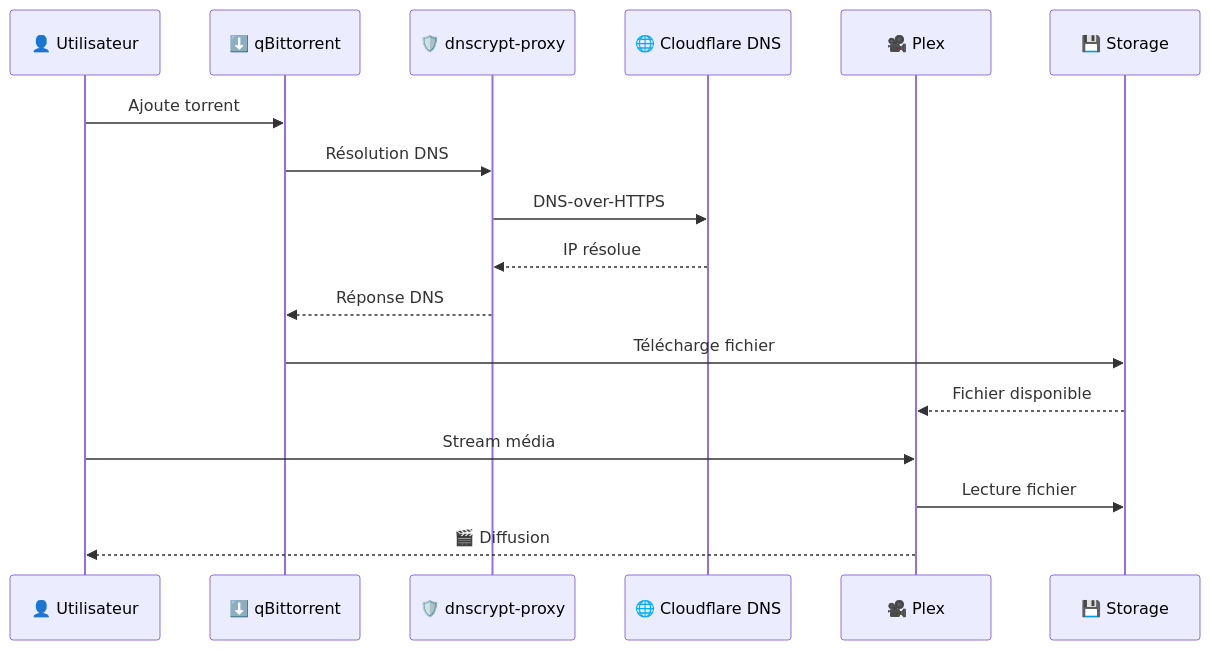
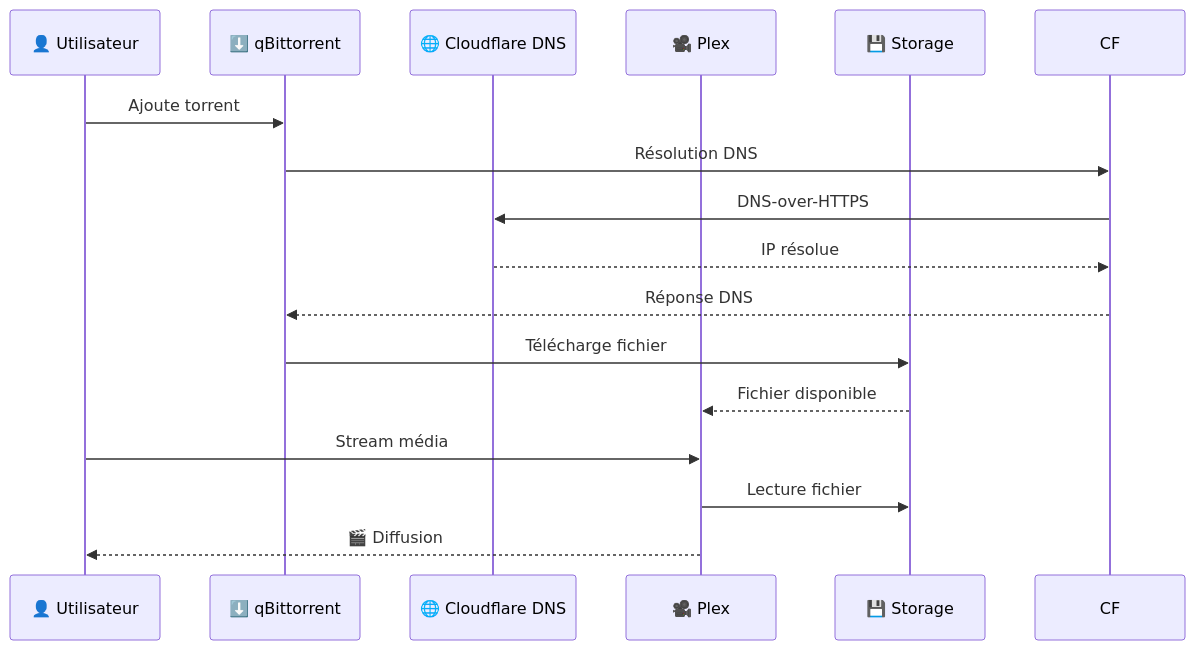
The third of 3 diagrams in README.md (muchiny/media-stack-k8s), drawn with Mermaid before and after one commit. The commit also changed other lines of this file and 20 other files, not shown here.

````diff
--- a/README.md
+++ b/README.md
@@ -119,20 +112,19 @@
 ```mermaid
 sequenceDiagram
     participant U as 👤 Utilisateur
     participant QB as ⬇️ qBittorrent
-    participant CF as 🛡️ dnscrypt-proxy
     participant DNS as 🌐 Cloudflare DNS
     participant P as 🎥 Plex
     participant S as 💾 Storage
 
     U->>QB: Ajoute torrent
     QB->>CF: Résolution DNS
     CF->>DNS: DNS-over-HTTPS
     DNS-->>CF: IP résolue
     CF-->>QB: Réponse DNS
     QB->>S: Télécharge fichier
     S-->>P: Fichier disponible
     U->>P: Stream média
     P->>S: Lecture fichier
     P-->>U: 🎬 Diffusion
 ```
````
